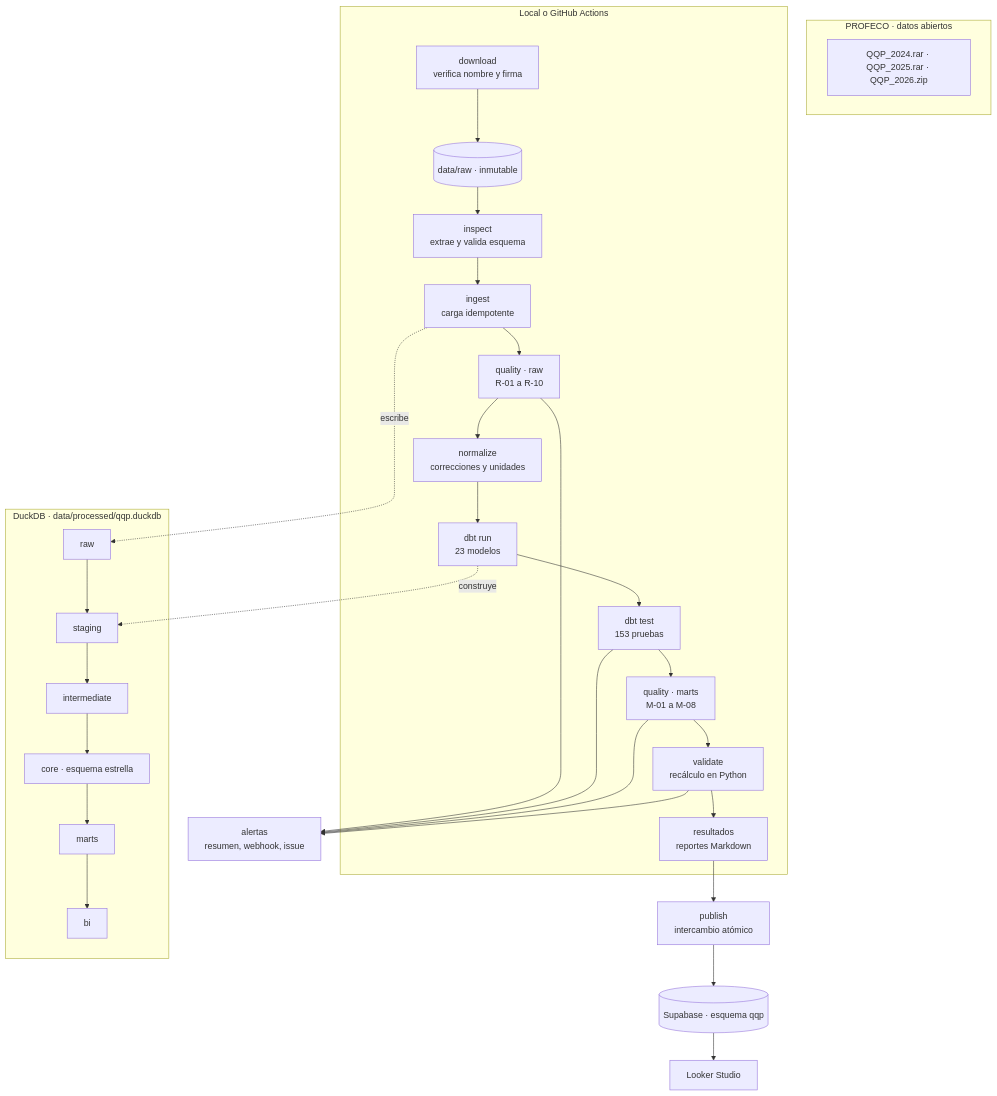
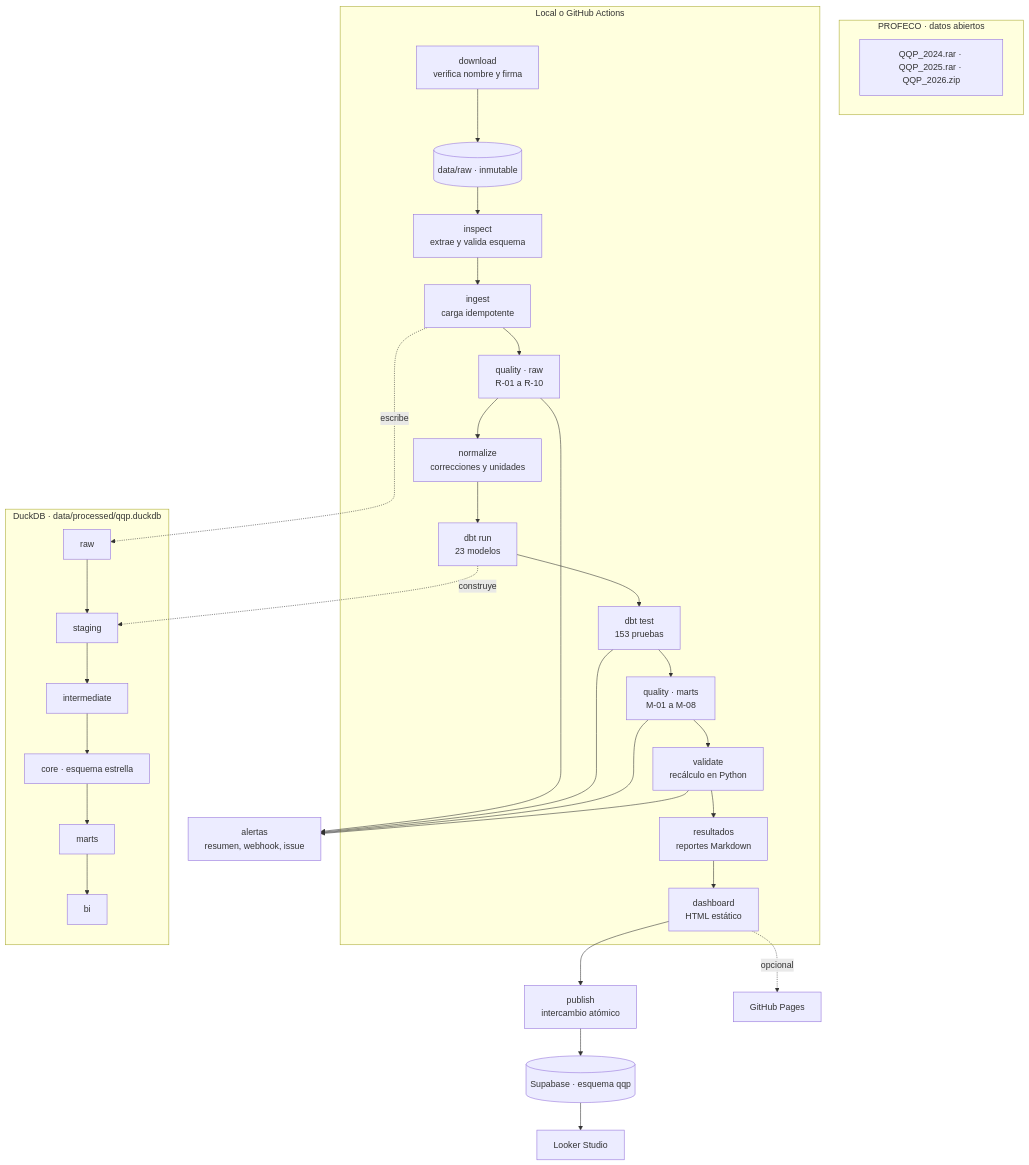
Before and after one commit to isaacmartinez23/analisis_profeco: the first of 3 diagrams in docs/arquitectura.md, drawn with Mermaid. The commit also changed other lines of this file and 19 other files, not shown here.

````diff
--- a/docs/arquitectura.md
+++ b/docs/arquitectura.md
@@ -18,28 +18,30 @@
 ```mermaid
 flowchart TD
     subgraph fuente[PROFECO · datos abiertos]
         Z[QQP_2024.rar · QQP_2025.rar · QQP_2026.zip]
     end
     subgraph local[Local o GitHub Actions]
         D[download<br/>verifica nombre y firma] --> RAW[(data/raw · inmutable)]
         RAW --> I[inspect<br/>extrae y valida esquema]
         I --> ING[ingest<br/>carga idempotente]
         ING --> Q1[quality · raw<br/>R-01 a R-10]
         Q1 --> N[normalize<br/>correcciones y unidades]
         N --> DBT[dbt run<br/>23 modelos]
         DBT --> T[dbt test<br/>153 pruebas]
         T --> Q2[quality · marts<br/>M-01 a M-08]
         Q2 --> V[validate<br/>recálculo en Python]
         V --> R[resultados<br/>reportes Markdown]
+        R --> H[dashboard<br/>HTML estático]
     end
     subgraph duck[DuckDB · data/processed/qqp.duckdb]
         RAWS[raw] --> STG[staging] --> INT[intermediate] --> CORE[core · esquema estrella]
         CORE --> MARTS[marts] --> BI[bi]
     end
     ING -.escribe.-> RAWS
     DBT -.construye.-> STG
-    R --> P[publish<br/>intercambio atómico]
+    H --> P[publish<br/>intercambio atómico]
     P --> SB[(Supabase · esquema qqp)]
     SB --> LS[Looker Studio]
+    H -.opcional.-> GP[GitHub Pages]
     Q1 & T & Q2 & V --> A[alertas<br/>resumen, webhook, issue]
 ```
````
